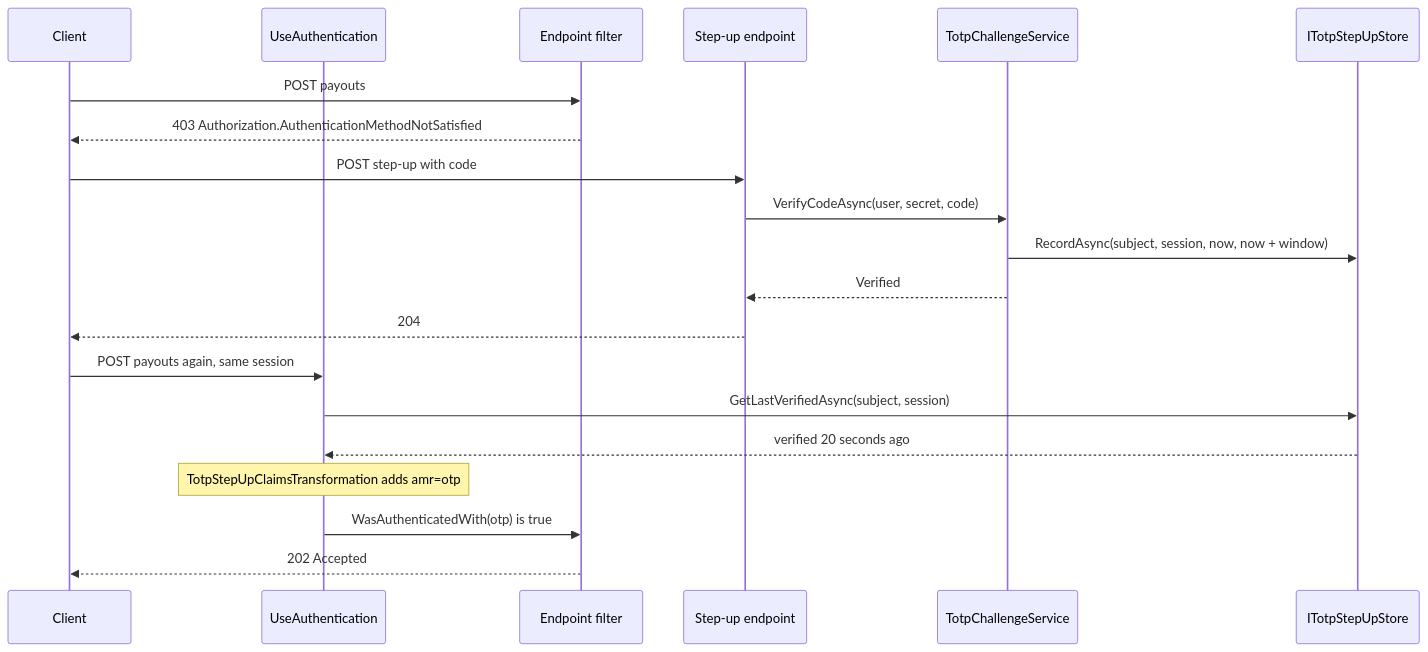
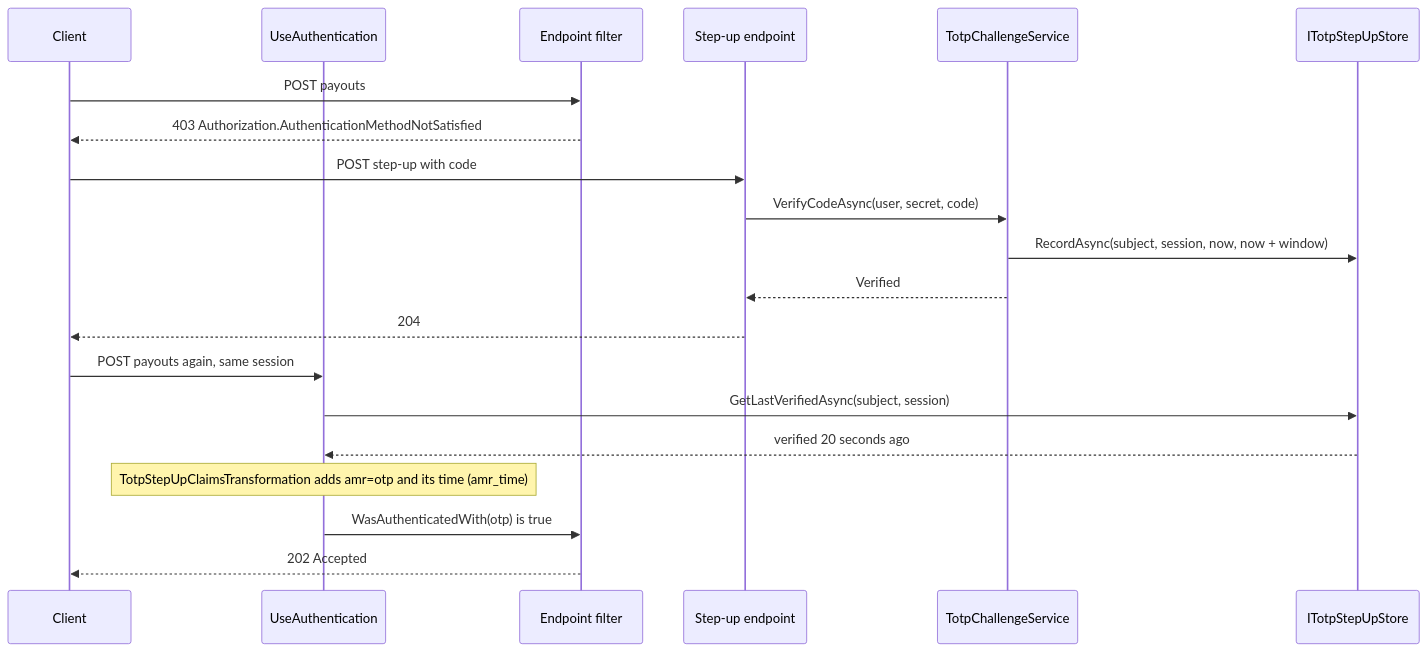
Before and after one commit to Gresta-Vertex-Labs/platform-shared-kernel: the second of 4 diagrams in 12.Security/SharedKernel.Security.Totp/README.md, drawn with Mermaid. The commit also changed other lines of this file and 41 other files, not shown here.

````diff
--- a/12.Security/SharedKernel.Security.Totp/README.md
+++ b/12.Security/SharedKernel.Security.Totp/README.md
@@ -190,22 +190,22 @@
 ```mermaid
 sequenceDiagram
     participant Client
     participant Auth as UseAuthentication
     participant Filter as Endpoint filter
     participant StepUp as Step-up endpoint
     participant Challenge as TotpChallengeService
     participant Store as ITotpStepUpStore
     Client->>Filter: POST payouts
     Filter-->>Client: 403 Authorization.AuthenticationMethodNotSatisfied
     Client->>StepUp: POST step-up with code
     StepUp->>Challenge: VerifyCodeAsync(user, secret, code)
     Challenge->>Store: RecordAsync(subject, session, now, now + window)
     Challenge-->>StepUp: Verified
     StepUp-->>Client: 204
     Client->>Auth: POST payouts again, same session
     Auth->>Store: GetLastVerifiedAsync(subject, session)
     Store-->>Auth: verified 20 seconds ago
-    Note over Auth: TotpStepUpClaimsTransformation adds amr=otp
+    Note over Auth: TotpStepUpClaimsTransformation adds amr=otp and its time (amr_time)
     Auth->>Filter: WasAuthenticatedWith(otp) is true
     Filter-->>Client: 202 Accepted
 ```
````
